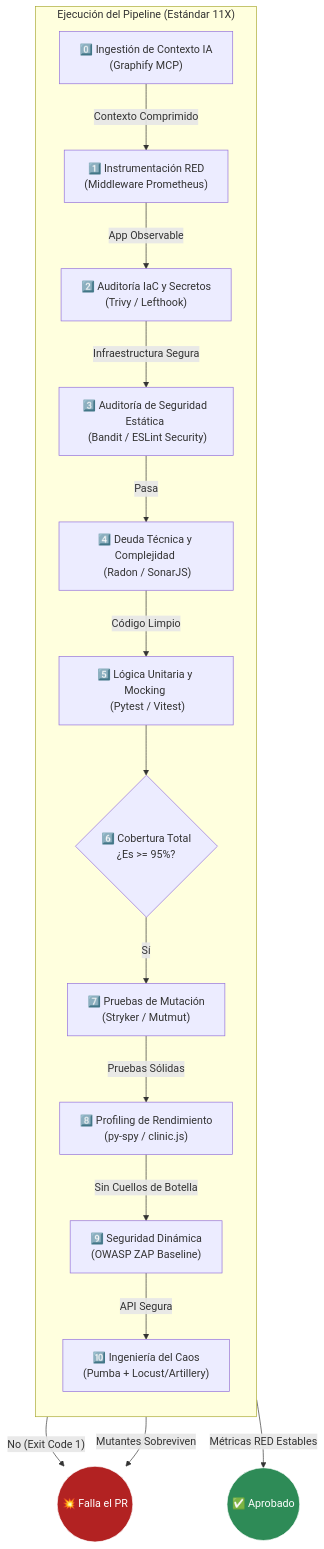
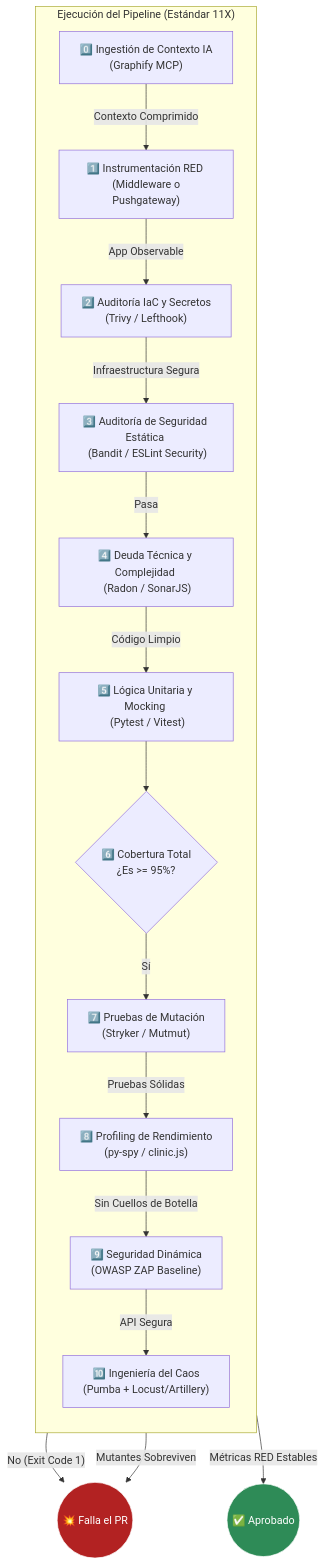
The third of 3 diagrams in docs/ARCHITECTURE_C4.md (tecno-consultores/qa-testing-blueprints), drawn with Mermaid before and after one commit. The commit also changed other lines of this file, not shown here.

Commit message:
Fix formatting and update architecture documentation

````diff
--- a/docs/ARCHITECTURE_C4.md
+++ b/docs/ARCHITECTURE_C4.md
@@ -79,38 +82,38 @@
 ```mermaid
 graph TD
     subgraph "Ejecución del Pipeline (Estándar 11X)"
         direction TB
         
         Graph["0️⃣ Ingestión de Contexto IA \n (Graphify MCP)"]
-        Obs["1️⃣ Instrumentación RED \n (Middleware Prometheus)"]
+        Obs["1️⃣ Instrumentación RED \n (Middleware o Pushgateway)"]
         IaC["2️⃣ Auditoría IaC y Secretos \n (Trivy / Lefthook)"]
         SAST["3️⃣ Auditoría de Seguridad Estática \n (Bandit / ESLint Security)"]
         Static["4️⃣ Deuda Técnica y Complejidad \n (Radon / SonarJS)"]
         Unit["5️⃣ Lógica Unitaria y Mocking \n (Pytest / Vitest)"]
         Coverage{"6️⃣ Cobertura Total \n ¿Es >= 95%?"}
         Mutation["7️⃣ Pruebas de Mutación \n (Stryker / Mutmut)"]
         Performance["8️⃣ Profiling de Rendimiento \n (py-spy / clinic.js)"]
         DAST["9️⃣ Seguridad Dinámica \n (OWASP ZAP Baseline)"]
         Chaos["🔟 Ingeniería del Caos \n (Pumba + Locust/Artillery)"]
     end
 
     %% Enlaces lógicos
     Graph -- "Contexto Comprimido" --> Obs
     Obs -- "App Observable" --> IaC
     IaC -- "Infraestructura Segura" --> SAST
     SAST -- "Pasa" --> Static
     Static -- "Código Limpio" --> Unit
     Unit --> Coverage
     Coverage -- "Sí" --> Mutation
     Coverage -- "No (Exit Code 1)" --> FallaPipeline(("💥 Falla el PR"))
     Mutation -- "Mutantes Sobreviven" --> FallaPipeline
     Mutation -- "Pruebas Sólidas" --> Performance
     Performance -- "Sin Cuellos de Botella" --> DAST
     DAST -- "API Segura" --> Chaos
     Chaos -- "Métricas RED Estables" --> Exito(("✅ Aprobado"))
 
     classDef pass fill:#2e8b57,stroke:#fff,color:#fff;
     classDef fail fill:#b22222,stroke:#fff,color:#fff;
     class Exito pass;
     class FallaPipeline fail;
 ```
````
